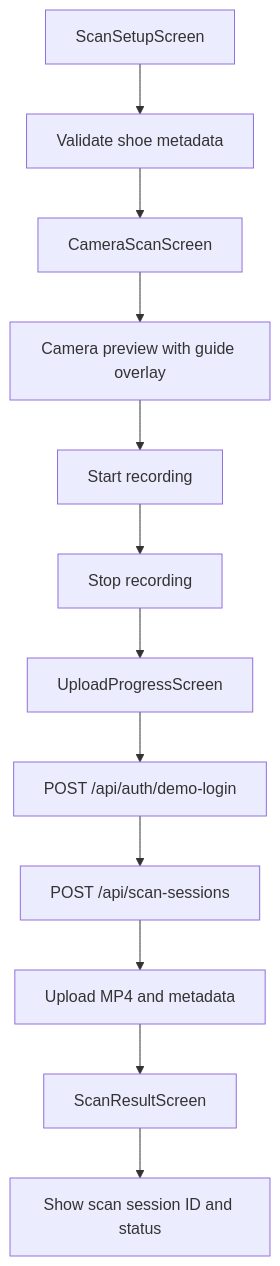
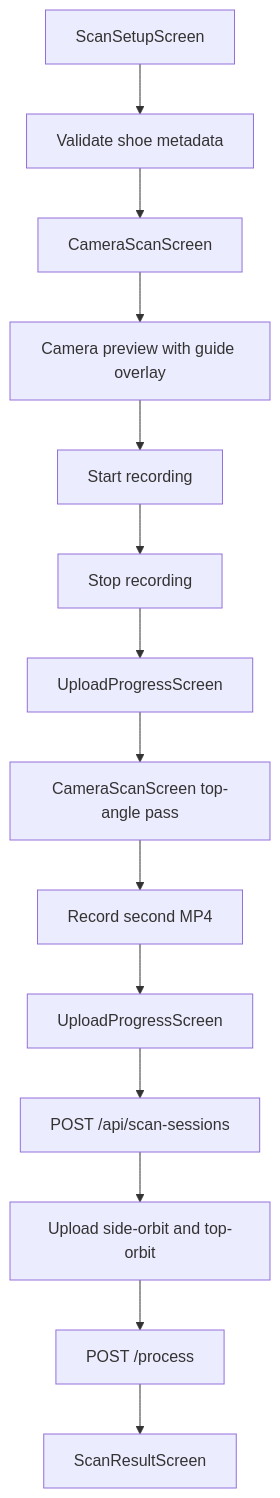
Before and after one commit to kiet-ta/ar-ai-exe: the tenth of 12 diagrams in docs/implementation-flows.md, drawn with Mermaid. The commit also changed other lines of this file and 170 other files, not shown here.

````diff
--- a/docs/implementation-flows.md
+++ b/docs/implementation-flows.md
@@ -200,14 +199,16 @@
 ```mermaid
 flowchart TD
     A["ScanSetupScreen"] --> B["Validate shoe metadata"]
     B --> C["CameraScanScreen"]
     C --> D["Camera preview with guide overlay"]
     D --> E["Start recording"]
     E --> F["Stop recording"]
     F --> G["UploadProgressScreen"]
-    G --> H["POST /api/auth/demo-login"]
-    H --> I["POST /api/scan-sessions"]
-    I --> J["Upload MP4 and metadata"]
-    J --> K["ScanResultScreen"]
-    K --> L["Show scan session ID and status"]
+    G --> H["CameraScanScreen top-angle pass"]
+    H --> I["Record second MP4"]
+    I --> J["UploadProgressScreen"]
+    J --> K["POST /api/scan-sessions"]
+    K --> L["Upload side-orbit and top-orbit"]
+    L --> M["POST /process"]
+    M --> N["ScanResultScreen"]
 ```
````
